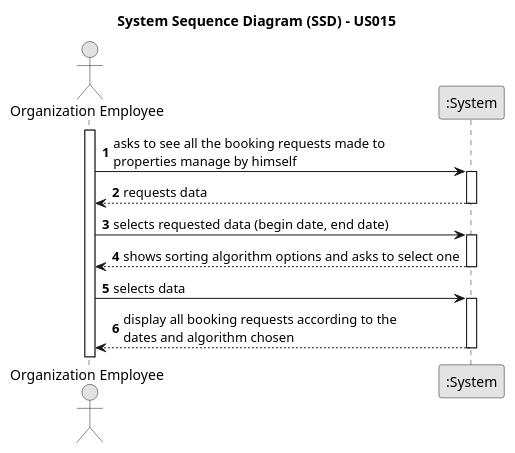
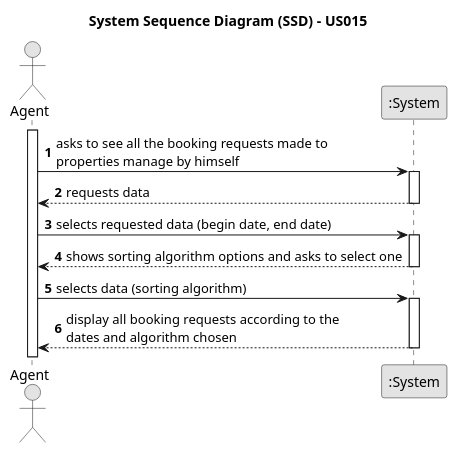
One commit to rita-barbosa/LAPR2-2223 changed the diagram in docs/sprintD/us015/01.requirements-engineering/puml/us015-system-sequence-diagram.puml. Above: the diagram before and after it, drawn with PlantUML. The commit also changed 1 other file, not shown here.

Commit message:
Update System Sequence Diagram (SSD) + SVG [US015][Requirements Engineering]

```diff
--- a/docs/sprintD/us015/01.requirements-engineering/puml/us015-system-sequence-diagram.puml
+++ b/docs/sprintD/us015/01.requirements-engineering/puml/us015-system-sequence-diagram.puml
@@ -1,35 +1,35 @@
 @startuml
 skinparam monochrome true
 skinparam packageStyle rectangle
 skinparam shadowing false
 
 title System Sequence Diagram (SSD) - US015
 
 autonumber
 
-actor "Organization Employee" as Agent
+actor "Agent" as Agent
 participant ":System" as System
 
 activate Agent
 
     Agent -> System : asks to see all the booking requests made to \nproperties manage by himself
     activate System
 
     System --> Agent : requests data
     deactivate System
 
     Agent -> System : selects requested data (begin date, end date)
     'types
     activate System
 
     System --> Agent : shows sorting algorithm options and asks to select one
 '   sorting algorithm
     deactivate System
 
-    Agent -> System : selects data
+    Agent -> System : selects data (sorting algorithm)
     activate System
 
     System --> Agent : display all booking requests according to the \ndates and algorithm chosen
     deactivate System
 
 @enduml
```
